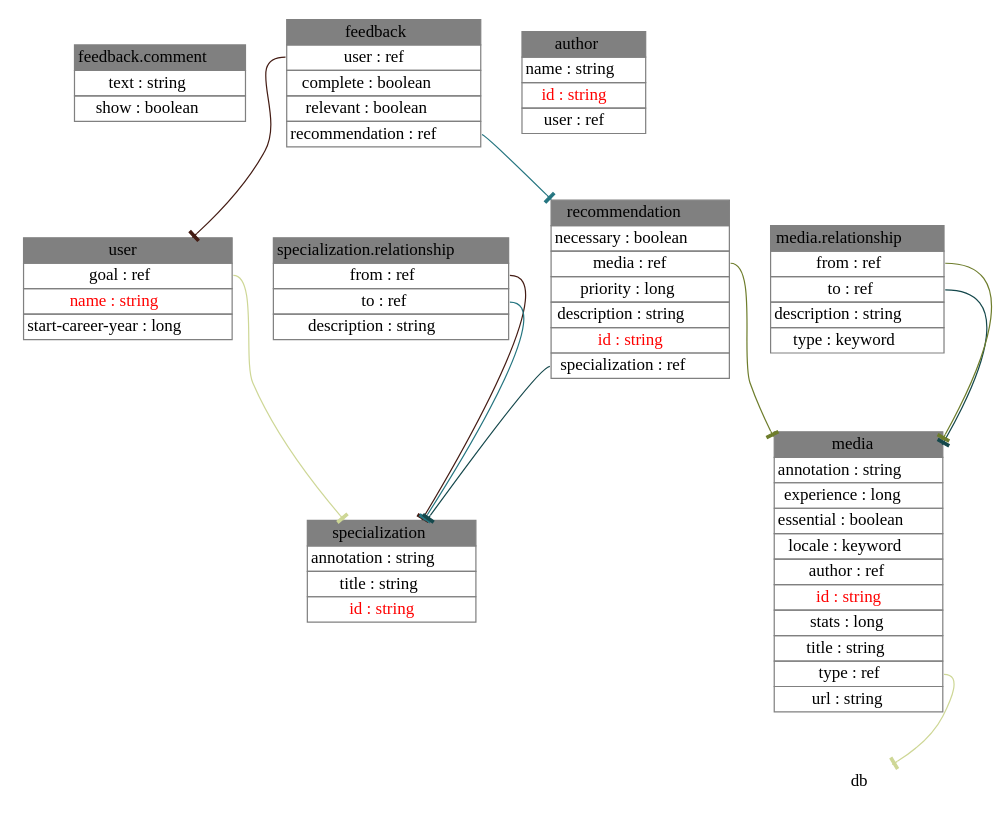
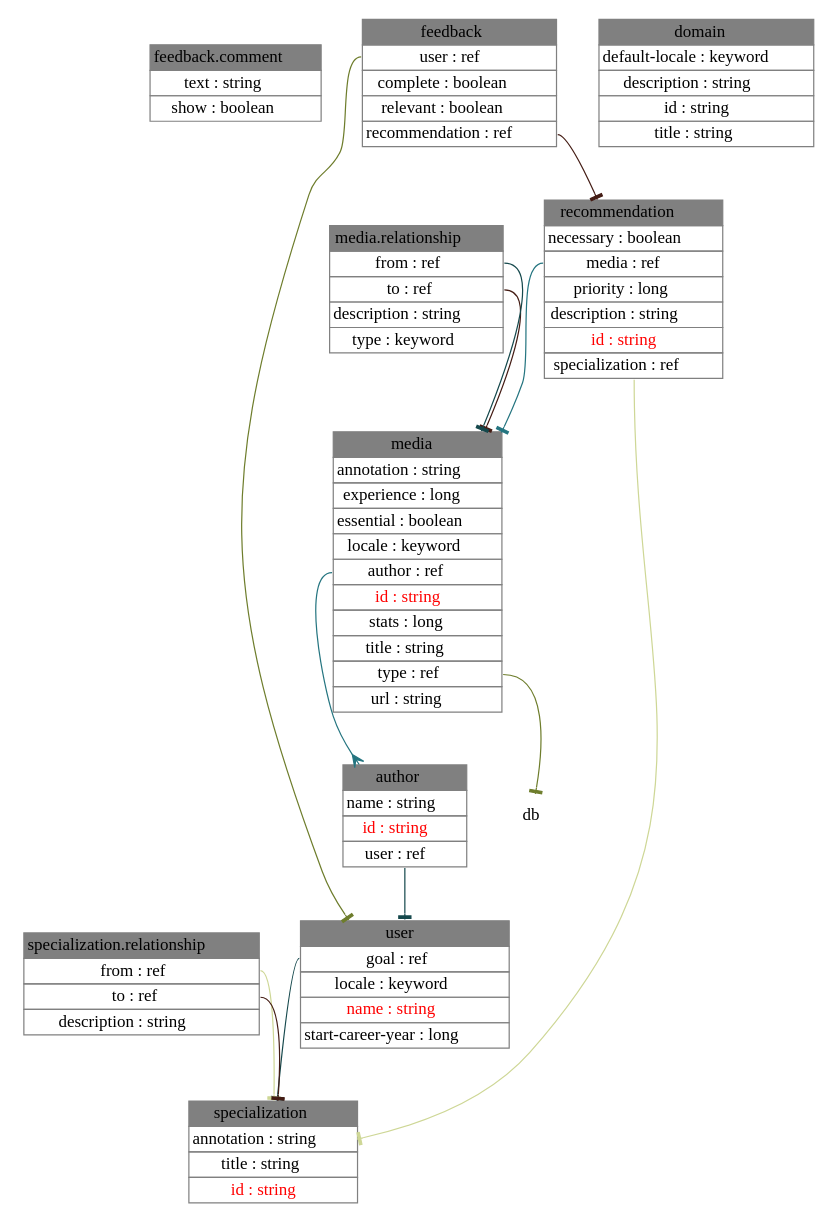
One commit to alexpetrov/kmg changed the diagram in kmg-schema.dot. Above: the diagram before and after it, drawn with Graphviz. The commit also changed 2 other files, not shown here.

Commit message:
Added schema graph kmg-schema.png. Now domain schema is almost completed

```diff
--- a/kmg-schema.dot
+++ b/kmg-schema.dot
@@ -1,22 +1,25 @@
 digraph {
 node [shape=plaintext];
 "feedback.comment" [label=<<table border="0" cellborder="1" cellspacing="0" color="#808080" port="feedback.comment"><tr><td bgcolor="gray">feedback.comment</td></tr><tr><td>text : string</td></tr><tr><td>show : boolean</td></tr></table>>];
 media [label=<<table border="0" cellborder="1" cellspacing="0" color="#808080" port="media"><tr><td bgcolor="gray">media</td></tr><tr><td>annotation : string</td></tr><tr><td>experience : long</td></tr><tr><td>essential : boolean</td></tr><tr><td>locale : keyword</td></tr><tr><td port="author">author : ref</td></tr><tr><td><font color="red">id : string</font></td></tr><tr><td>stats : long</td></tr><tr><td>title : string</td></tr><tr><td port="type">type : ref</td></tr><tr><td>url : string</td></tr></table>>];
 specialization [label=<<table border="0" cellborder="1" cellspacing="0" color="#808080" port="specialization"><tr><td bgcolor="gray">specialization</td></tr><tr><td>annotation : string</td></tr><tr><td>title : string</td></tr><tr><td><font color="red">id : string</font></td></tr></table>>];
 author [label=<<table border="0" cellborder="1" cellspacing="0" color="#808080" port="author"><tr><td bgcolor="gray">author</td></tr><tr><td>name : string</td></tr><tr><td><font color="red">id : string</font></td></tr><tr><td port="user">user : ref</td></tr></table>>];
-user [label=<<table border="0" cellborder="1" cellspacing="0" color="#808080" port="user"><tr><td bgcolor="gray">user</td></tr><tr><td port="goal">goal : ref</td></tr><tr><td><font color="red">name : string</font></td></tr><tr><td>start-career-year : long</td></tr></table>>];
+user [label=<<table border="0" cellborder="1" cellspacing="0" color="#808080" port="user"><tr><td bgcolor="gray">user</td></tr><tr><td port="goal">goal : ref</td></tr><tr><td>locale : keyword</td></tr><tr><td><font color="red">name : string</font></td></tr><tr><td>start-career-year : long</td></tr></table>>];
 "specialization.relationship" [label=<<table border="0" cellborder="1" cellspacing="0" color="#808080" port="specialization.relationship"><tr><td bgcolor="gray">specialization.relationship</td></tr><tr><td port="from">from : ref</td></tr><tr><td port="to">to : ref</td></tr><tr><td>description : string</td></tr></table>>];
 feedback [label=<<table border="0" cellborder="1" cellspacing="0" color="#808080" port="feedback"><tr><td bgcolor="gray">feedback</td></tr><tr><td port="user">user : ref</td></tr><tr><td>complete : boolean</td></tr><tr><td>relevant : boolean</td></tr><tr><td port="recommendation">recommendation : ref</td></tr></table>>];
 recommendation [label=<<table border="0" cellborder="1" cellspacing="0" color="#808080" port="recommendation"><tr><td bgcolor="gray">recommendation</td></tr><tr><td>necessary : boolean</td></tr><tr><td port="media">media : ref</td></tr><tr><td>priority : long</td></tr><tr><td>description : string</td></tr><tr><td><font color="red">id : string</font></td></tr><tr><td port="specialization">specialization : ref</td></tr></table>>];
+domain [label=<<table border="0" cellborder="1" cellspacing="0" color="#808080" port="domain"><tr><td bgcolor="gray">domain</td></tr><tr><td>default-locale : keyword</td></tr><tr><td>description : string</td></tr><tr><td>id : string</td></tr><tr><td>title : string</td></tr></table>>];
 "media.relationship" [label=<<table border="0" cellborder="1" cellspacing="0" color="#808080" port="media.relationship"><tr><td bgcolor="gray">media.relationship</td></tr><tr><td port="from">from : ref</td></tr><tr><td port="to">to : ref</td></tr><tr><td>description : string</td></tr><tr><td>type : keyword</td></tr></table>>];
-"specialization.relationship":from -> specialization:specialization [color="#441C14",arrowhead=tee];
-"media.relationship":to -> media:media [color="#15484C",arrowhead=tee];
-feedback:recommendation -> recommendation:recommendation [color="#257580",arrowhead=tee];
-"media.relationship":from -> media:media [color="#6E7D2C",arrowhead=tee];
-media:type -> db:db [color="#CED796",arrowhead=tee];
-feedback:user -> user:user [color="#441C14",arrowhead=tee];
-recommendation:specialization -> specialization:specialization [color="#15484C",arrowhead=tee];
-"specialization.relationship":to -> specialization:specialization [color="#257580",arrowhead=tee];
-recommendation:media -> media:media [color="#6E7D2C",arrowhead=tee];
-user:goal -> specialization:specialization [color="#CED796",arrowhead=tee];
+feedback:recommendation -> recommendation:recommendation [color="#441C14",arrowhead=tee];
+author:user -> user:user [color="#15484C",arrowhead=tee];
+media:author -> author:author [color="#257580",arrowhead=crow];
+feedback:user -> user:user [color="#6E7D2C",arrowhead=tee];
+recommendation:specialization -> specialization:specialization [color="#CED796",arrowhead=tee];
+"media.relationship":to -> media:media [color="#441C14",arrowhead=tee];
+user:goal -> specialization:specialization [color="#15484C",arrowhead=tee];
+recommendation:media -> media:media [color="#257580",arrowhead=tee];
+media:type -> db:db [color="#6E7D2C",arrowhead=tee];
+"specialization.relationship":from -> specialization:specialization [color="#CED796",arrowhead=tee];
+"specialization.relationship":to -> specialization:specialization [color="#441C14",arrowhead=tee];
+"media.relationship":from -> media:media [color="#15484C",arrowhead=tee];
 } 
```
